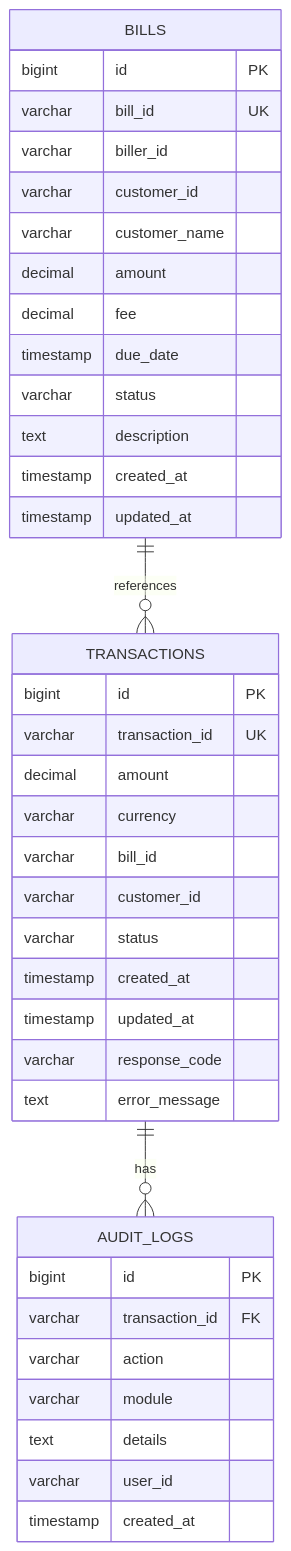
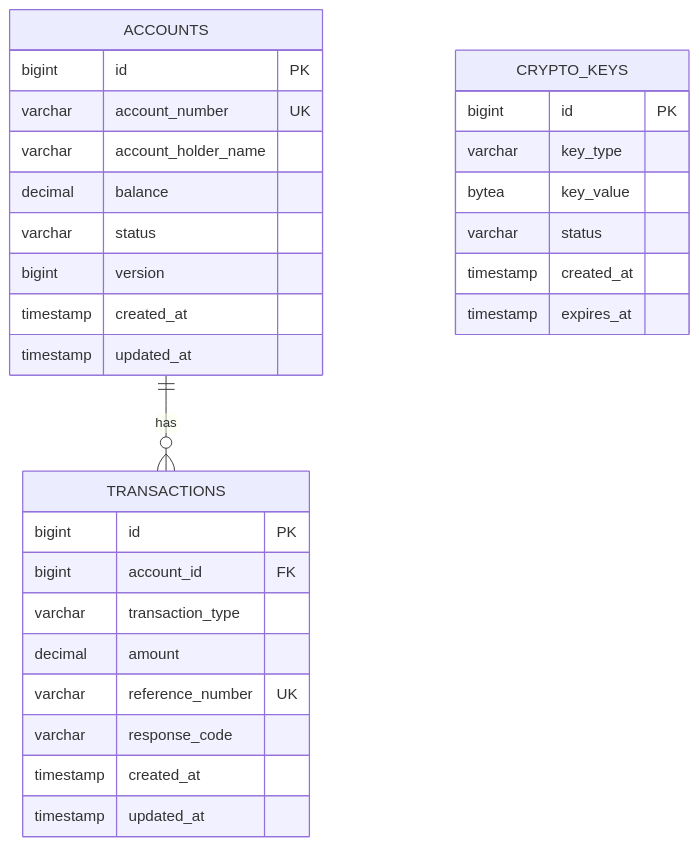
One commit to artivisi/training-spring-jpos-2025 changed the diagram in workshop/day-1/INSTRUCTIONS.md. Above: the diagram before and after it, drawn with Mermaid. The commit also changed other lines of this file and 30 other files, not shown here.

````diff
--- a/workshop/day-1/INSTRUCTIONS.md
+++ b/workshop/day-1/INSTRUCTIONS.md
@@ -49,44 +50,35 @@
 ```mermaid
 erDiagram
-    TRANSACTIONS {
+    ACCOUNTS {
         bigint id PK
-        varchar transaction_id UK
-        decimal amount
-        varchar currency
-        varchar bill_id
-        varchar customer_id
+        varchar account_number UK
+        varchar account_holder_name
+        decimal balance
         varchar status
-        timestamp created_at
-        timestamp updated_at
-        varchar response_code
-        text error_message
-    }
-
-    BILLS {
-        bigint id PK
-        varchar bill_id UK
-        varchar biller_id
-        varchar customer_id
-        varchar customer_name
-        decimal amount
-        decimal fee
-        timestamp due_date
-        varchar status
-        text description
+        bigint version
         timestamp created_at
         timestamp updated_at
     }
 
-    AUDIT_LOGS {
+    TRANSACTIONS {
         bigint id PK
-        varchar transaction_id FK
-        varchar action
-        varchar module
-        text details
-        varchar user_id
+        bigint account_id FK
+        varchar transaction_type
+        decimal amount
+        varchar reference_number UK
+        varchar response_code
         timestamp created_at
+        timestamp updated_at
     }
 
-    TRANSACTIONS ||--o{ AUDIT_LOGS : "has"
-    BILLS ||--o{ TRANSACTIONS : "references"
+    CRYPTO_KEYS {
+        bigint id PK
+        varchar key_type
+        bytea key_value
+        varchar status
+        timestamp created_at
+        timestamp expires_at
+    }
+
+    ACCOUNTS ||--o{ TRANSACTIONS : "has"
 ```
````
